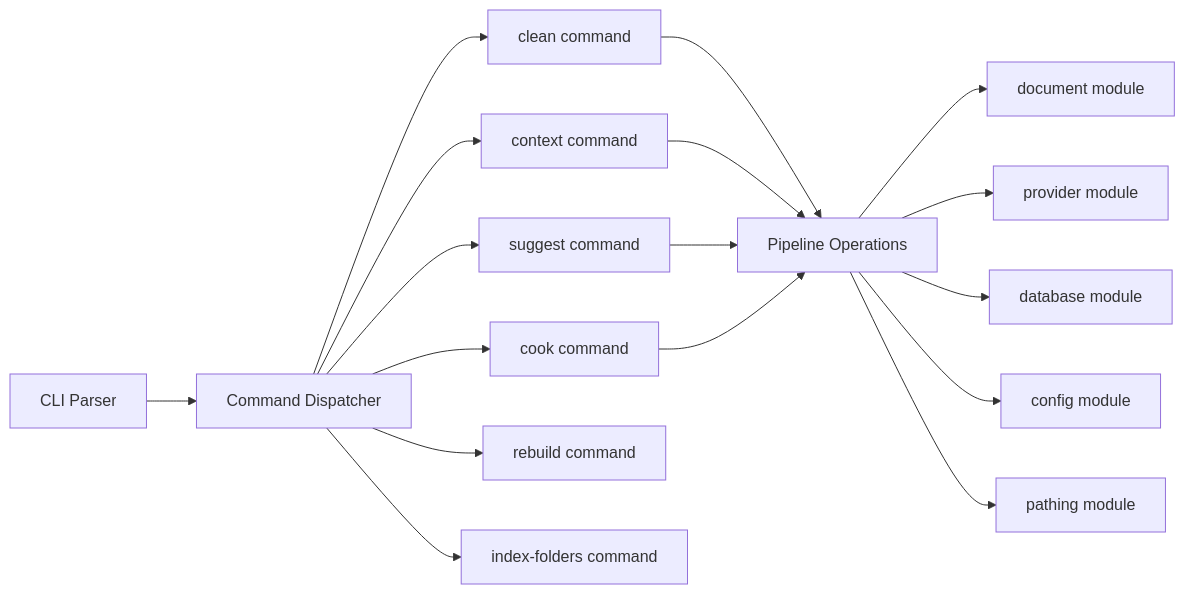
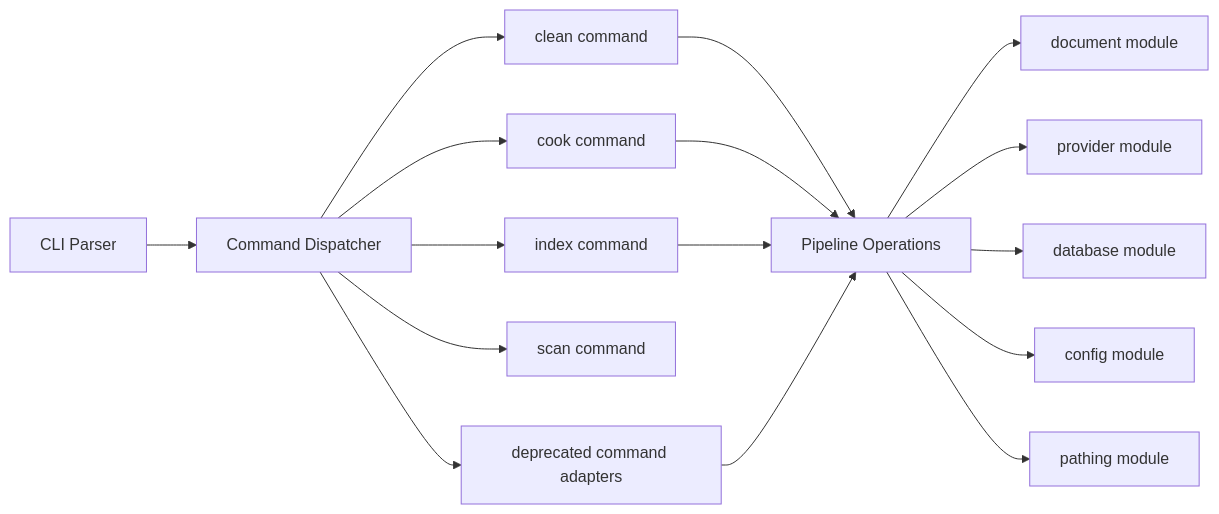
The first of 5 diagrams in doc/design.md (rawrobot/kbmeta), drawn with Mermaid before and after one commit. The commit also changed other lines of this file and 5 other files, not shown here.

First line of the commit message:
make index be big command

````diff
--- a/doc/design.md
+++ b/doc/design.md
@@ -13,22 +14,21 @@
 ```mermaid
 flowchart LR
     CLI[CLI Parser] --> CMD[Command Dispatcher]
 
     CMD --> C1[clean command]
-    CMD --> C2[context command]
-    CMD --> C3[suggest command]
-    CMD --> C4[cook command]
-    CMD --> C5[rebuild command]
-    CMD --> C6[index-folders command]
+    CMD --> C2[cook command]
+    CMD --> C3[index command]
+    CMD --> C4[scan command]
+    CMD --> C5[deprecated command adapters]
 
     C1 --> OPS[Pipeline Operations]
     C2 --> OPS
     C3 --> OPS
-    C4 --> OPS
+    C5 --> OPS
 
     OPS --> DOC[document module]
     OPS --> PROV[provider module]
     OPS --> DB[database module]
     OPS --> CFG[config module]
   OPS --> PATH[pathing module]
 ```
````
